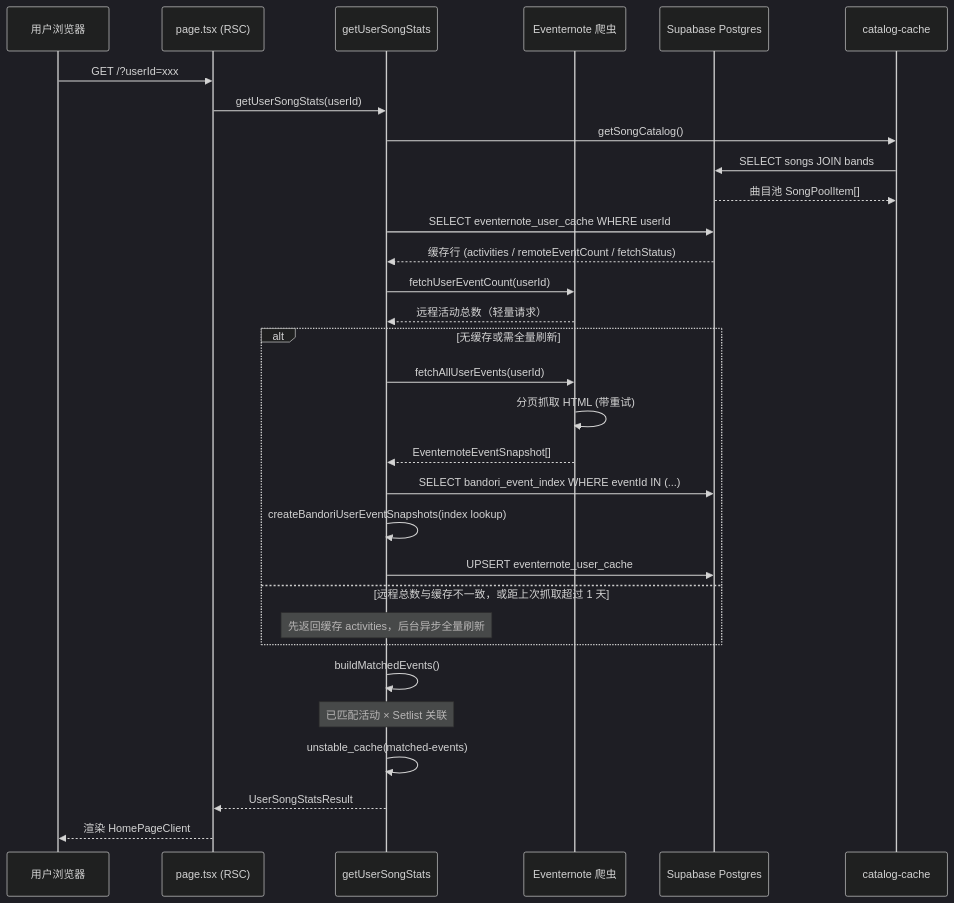
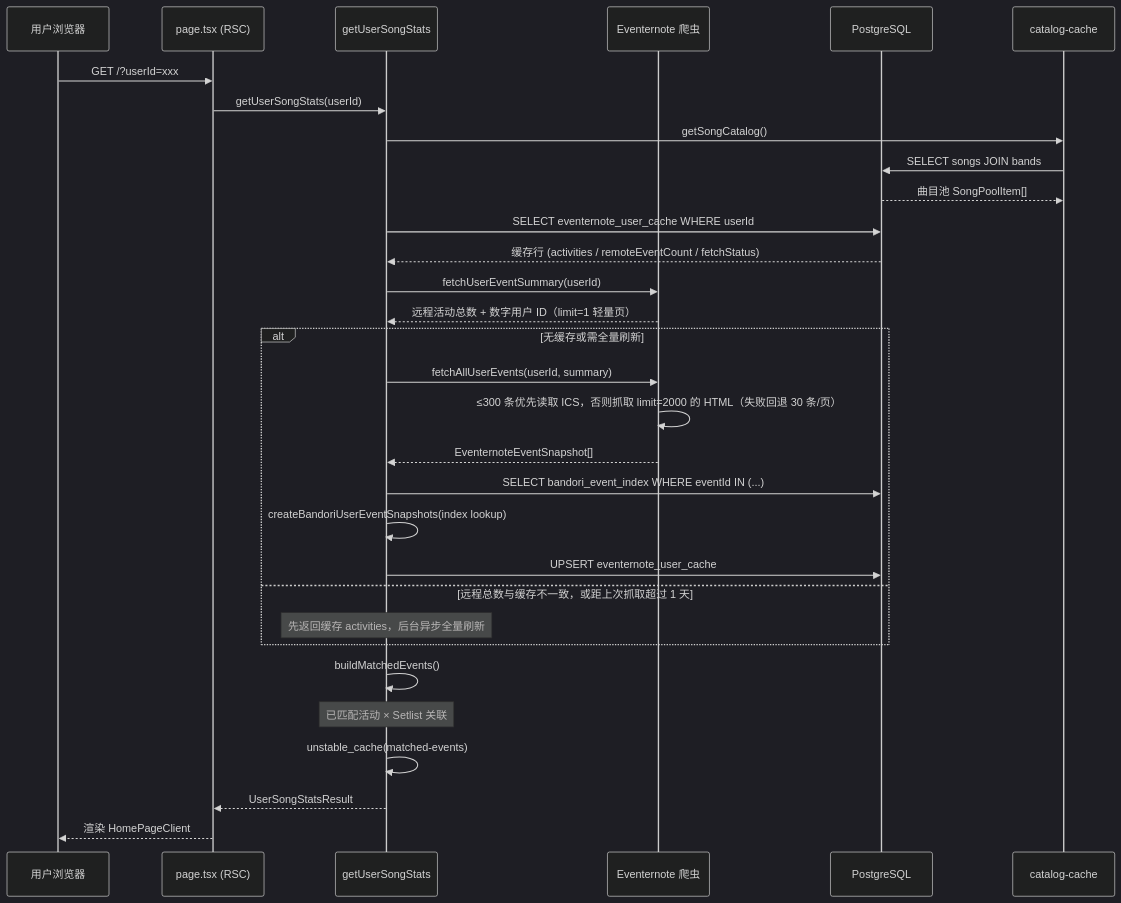
The second of 5 diagrams in ARCHITECTURE.md (calcxx/bandori-live-songs), drawn with Mermaid (dark theme) before and after one commit. The commit also changed other lines of this file and 27 other files, not shown here.

````diff
--- a/ARCHITECTURE.md
+++ b/ARCHITECTURE.md
@@ -96,36 +100,36 @@
 ```mermaid
 sequenceDiagram
     participant U as 用户浏览器
     participant P as page.tsx (RSC)
     participant S as getUserSongStats
     participant EN as Eventernote 爬虫
-    participant DB as Supabase Postgres
+    participant DB as PostgreSQL
     participant C as catalog-cache
 
     U->>P: GET /?userId=xxx
     P->>S: getUserSongStats(userId)
     S->>C: getSongCatalog()
     C->>DB: SELECT songs JOIN bands
     DB-->>C: 曲目池 SongPoolItem[]
     S->>DB: SELECT eventernote_user_cache WHERE userId
     DB-->>S: 缓存行 (activities / remoteEventCount / fetchStatus)
-    S->>EN: fetchUserEventCount(userId)
-    EN-->>S: 远程活动总数（轻量请求）
+    S->>EN: fetchUserEventSummary(userId)
+    EN-->>S: 远程活动总数 + 数字用户 ID（limit=1 轻量页）
 
     alt 无缓存或需全量刷新
-        S->>EN: fetchAllUserEvents(userId)
-        EN->>EN: 分页抓取 HTML (带重试)
+        S->>EN: fetchAllUserEvents(userId, summary)
+        EN->>EN: ≤300 条优先读取 ICS，否则抓取 limit=2000 的 HTML（失败回退 30 条/页）
         EN-->>S: EventernoteEventSnapshot[]
         S->>DB: SELECT bandori_event_index WHERE eventId IN (...)
         S->>S: createBandoriUserEventSnapshots(index lookup)
         S->>DB: UPSERT eventernote_user_cache
     else 远程总数与缓存不一致，或距上次抓取超过 1 天
         Note over S: 先返回缓存 activities，后台异步全量刷新
     end
 
     S->>S: buildMatchedEvents()
     Note over S: 已匹配活动 × Setlist 关联
     S->>S: unstable_cache(matched-events)
     S-->>P: UserSongStatsResult
     P-->>U: 渲染 HomePageClient
 ```
````
